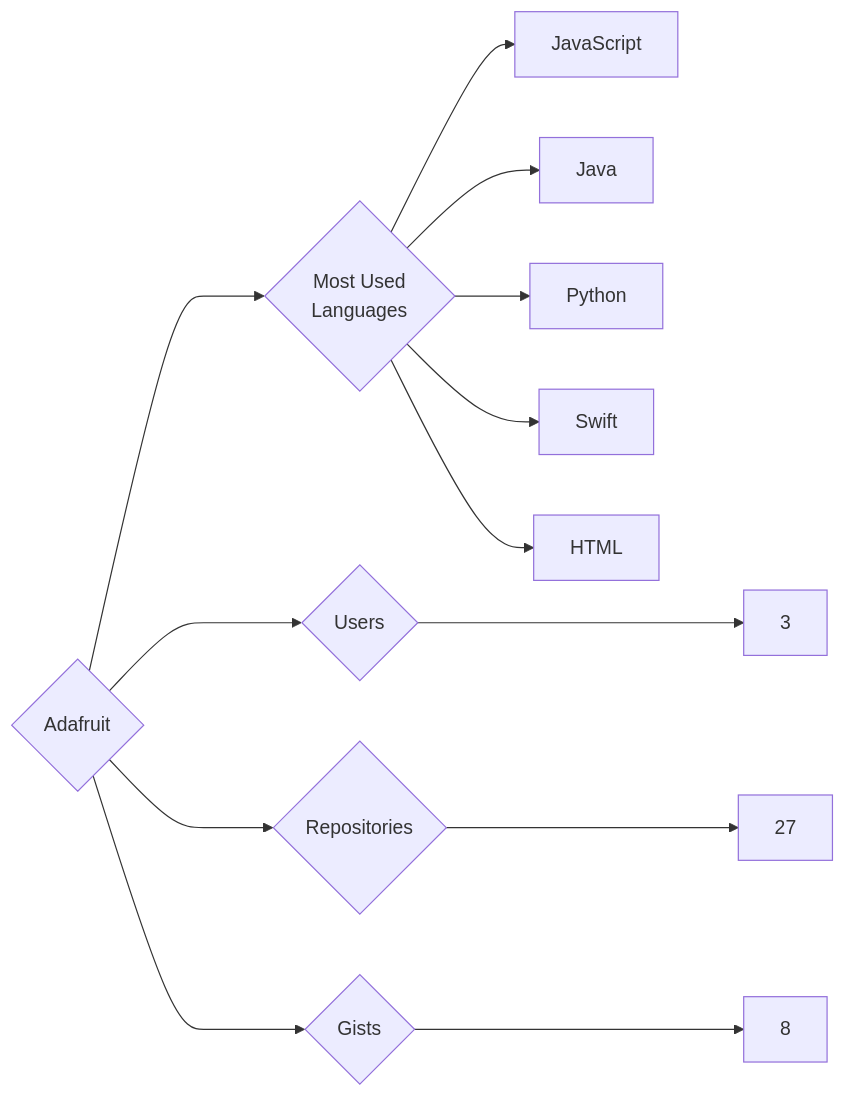
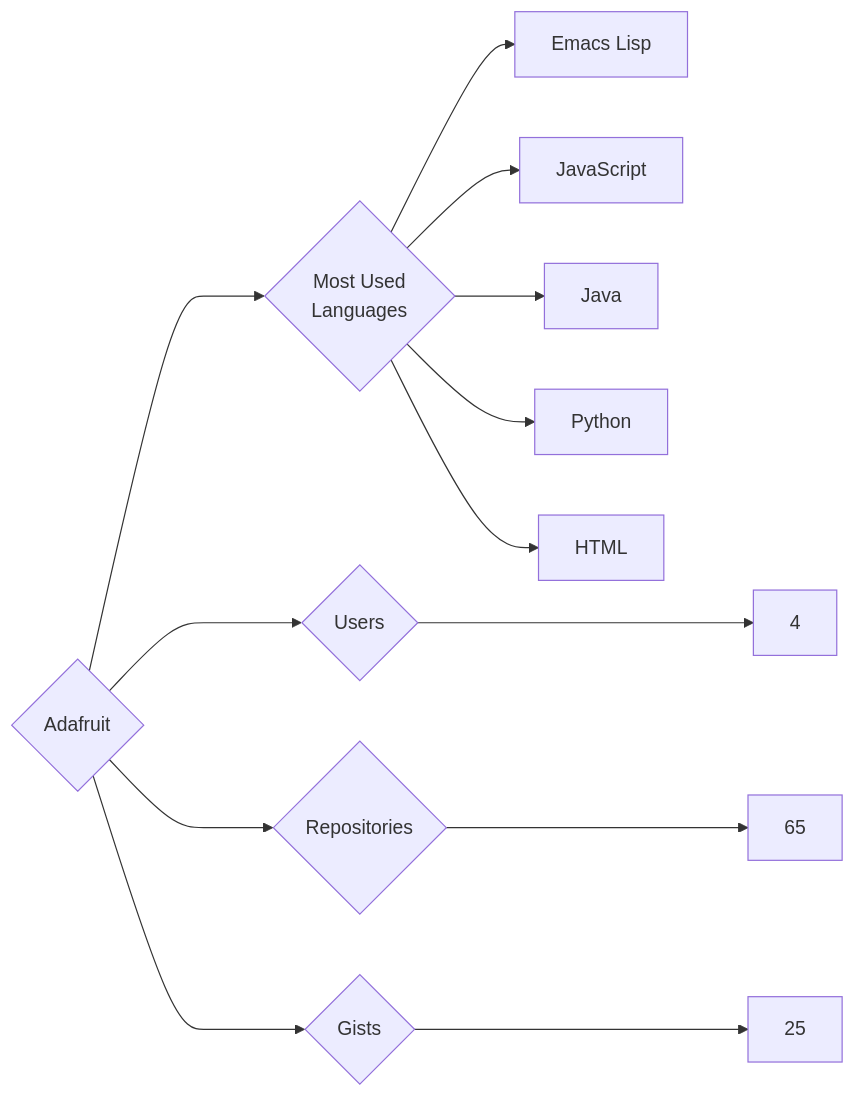
Before and after one commit to trickest/insiders: the diagram in targets/Adafruit/README.md, drawn with Mermaid. The commit also changed 985 other files, not shown here.

````diff
--- a/targets/Adafruit/README.md
+++ b/targets/Adafruit/README.md
@@ -3,13 +3,13 @@
 ```mermaid
 graph LR
 COMPANY_NAME{Adafruit}
-COMPANY_NAME ---> U{Users} ---> UN[3]
-COMPANY_NAME ---> R{Repositories} ---> RN[27]
-COMPANY_NAME ---> G{Gists} ---> GN[8]
+COMPANY_NAME ---> U{Users} ---> UN[4]
+COMPANY_NAME ---> R{Repositories} ---> RN[65]
+COMPANY_NAME ---> G{Gists} ---> GN[25]
 COMPANY_NAME ---> ML{Most Used<br>Languages}
+ML --> Emacs_Lisp[Emacs Lisp]
 ML --> JavaScript[JavaScript]
 ML --> Java[Java]
 ML --> Python[Python]
-ML --> Swift[Swift]
 ML --> HTML[HTML]
 ```
````
